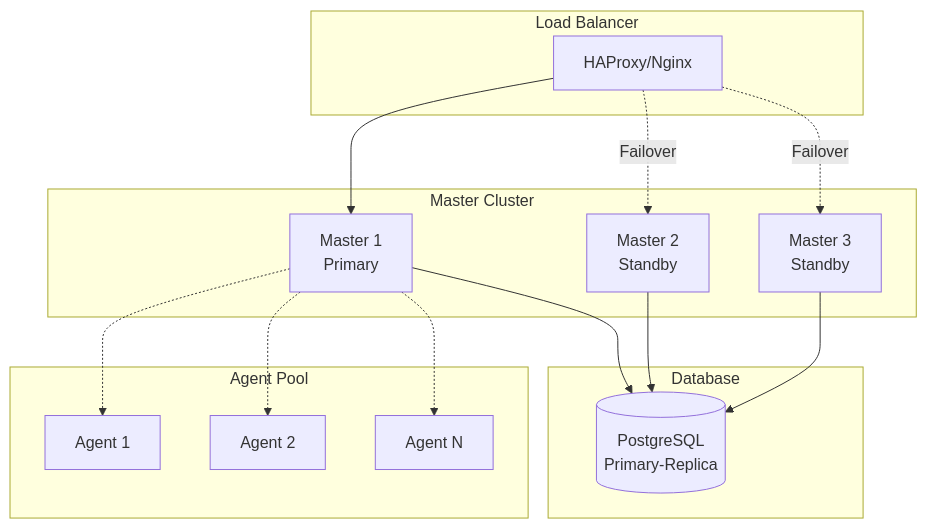
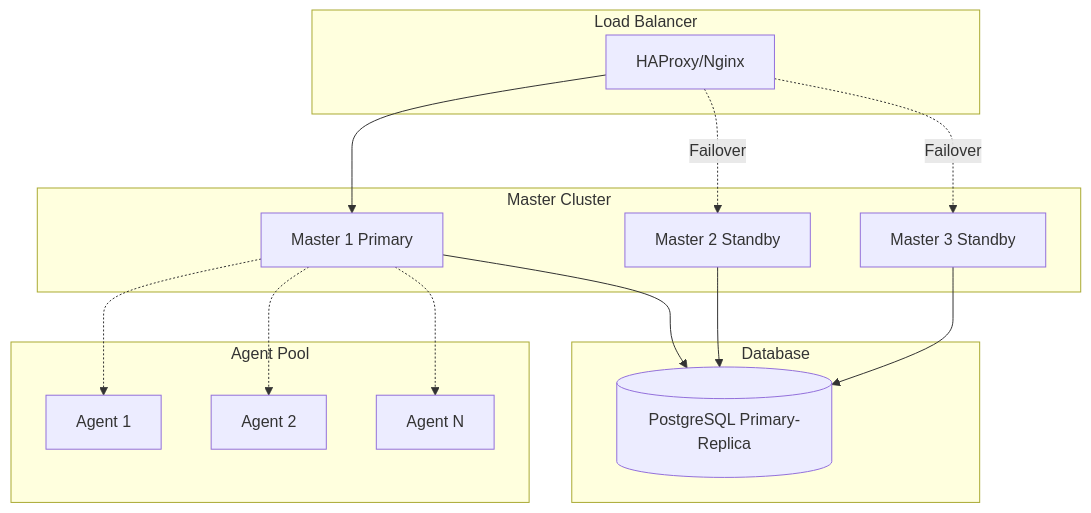
Before and after one commit to chalkan3-sloth/sloth-runner: diagram 19 of 19 in docs/en/architecture.md, drawn with Mermaid. The commit also changed other lines of this file and 1 other file, not shown here.

First line of the commit message:
fix: Fix Mermaid diagram syntax errors for compatibility

````diff
--- a/docs/en/architecture.md
+++ b/docs/en/architecture.md
@@ -985,34 +984,34 @@
 ```mermaid
 graph TB
-    subgraph "Load Balancer"
+    subgraph LoadBalancer["Load Balancer"]
         LB[HAProxy/Nginx]
     end
 
-    subgraph "Master Cluster"
-        M1[Master 1<br/>Primary]
-        M2[Master 2<br/>Standby]
-        M3[Master 3<br/>Standby]
+    subgraph MasterCluster["Master Cluster"]
+        M1[Master 1 Primary]
+        M2[Master 2 Standby]
+        M3[Master 3 Standby]
     end
 
-    subgraph "Database"
-        PGDB[(PostgreSQL<br/>Primary-Replica)]
+    subgraph Database["Database"]
+        PGDB[(PostgreSQL Primary-Replica)]
     end
 
-    subgraph "Agent Pool"
+    subgraph AgentPool["Agent Pool"]
         A1[Agent 1]
         A2[Agent 2]
         AN[Agent N]
     end
 
     LB --> M1
     LB -.Failover.-> M2
     LB -.Failover.-> M3
 
     M1 --> PGDB
     M2 --> PGDB
     M3 --> PGDB
 
     M1 -.-> A1
     M1 -.-> A2
     M1 -.-> AN
 ```
````
